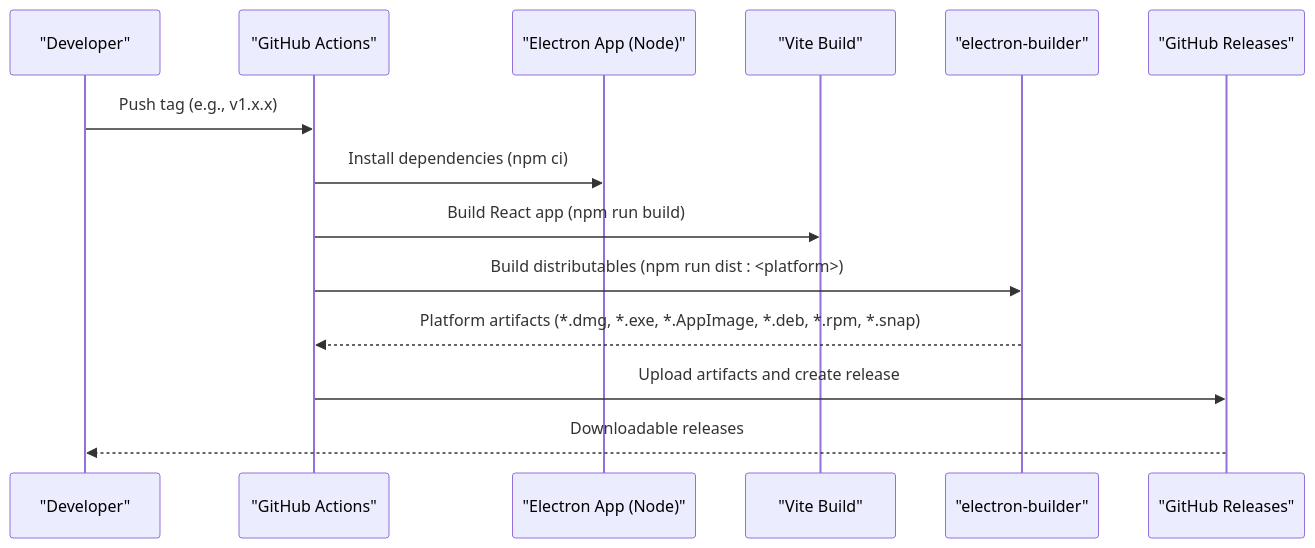
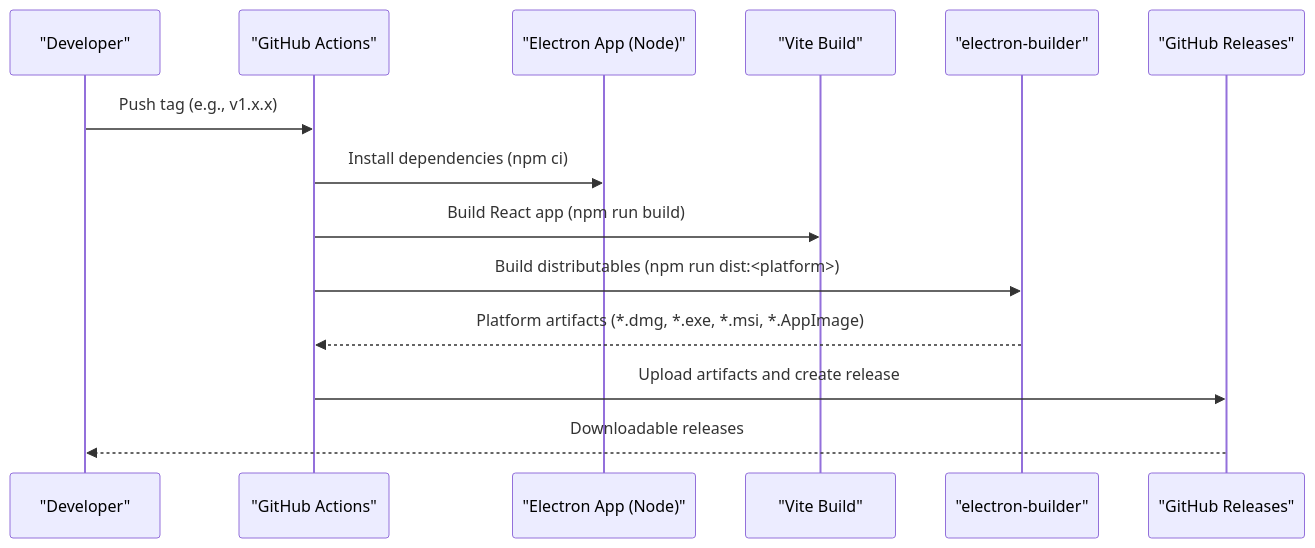
Before and after one commit to tashifkhan/tashif.codes: the second of 3 diagrams in src/data/docs/bulk-messaging-system/Build and Deployment.md, drawn with Mermaid. The commit also changed other lines of this file and 2128 other files, not shown here.

First line of the commit message:
docs: replace raster diagram images with native Mermaid across project guides

````diff
--- a/src/data/docs/bulk-messaging-system/Build and Deployment.md
+++ b/src/data/docs/bulk-messaging-system/Build and Deployment.md
@@ -58,16 +57,16 @@
 ```mermaid
 sequenceDiagram
 participant Dev as "Developer"
 participant GH as "GitHub Actions"
 participant Node as "Electron App (Node)"
 participant Vite as "Vite Build"
 participant EB as "electron-builder"
 participant Rel as "GitHub Releases"
 Dev->>GH : Push tag (e.g., v1.x.x)
 GH->>Node : Install dependencies (npm ci)
 GH->>Vite : Build React app (npm run build)
-GH->>EB : Build distributables (npm run dist : <platform>)
-EB-->>GH : Platform artifacts (*.dmg, *.exe, *.AppImage, *.deb, *.rpm, *.snap)
+GH->>EB : Build distributables (npm run dist:<platform>)
+EB-->>GH : Platform artifacts (*.dmg, *.exe, *.msi, *.AppImage)
 GH->>Rel : Upload artifacts and create release
 Rel-->>Dev : Downloadable releases
 ```
````
